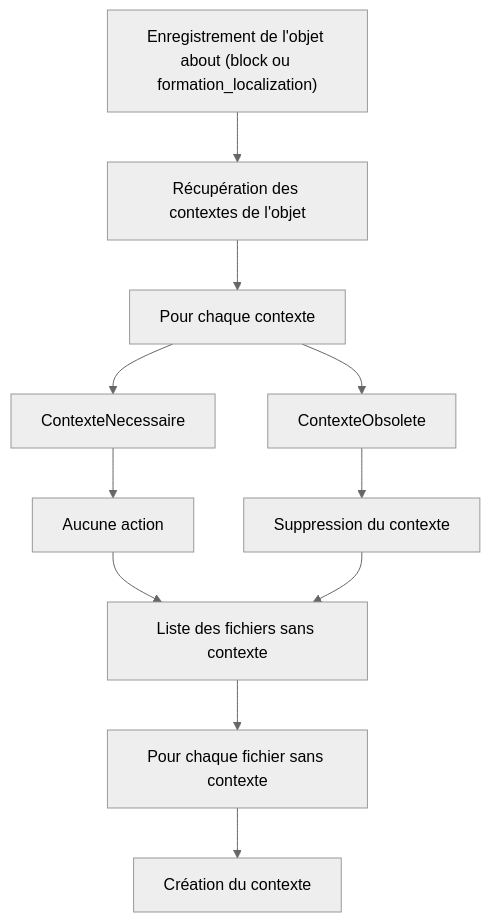
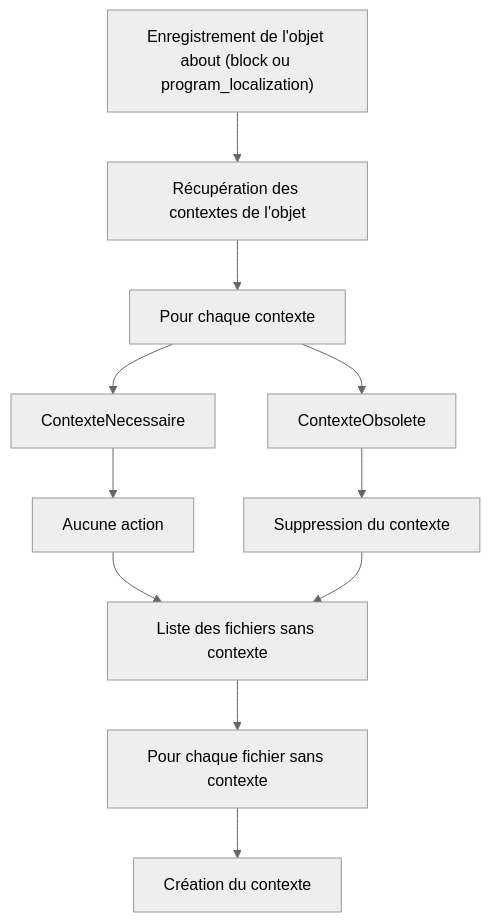
Before and after one commit to osunyorg/developers: the second of 2 diagrams in content/docs/admin/composants/file-library.md, drawn with Mermaid (neutral theme).

````diff
--- a/content/docs/admin/composants/file-library.md
+++ b/content/docs/admin/composants/file-library.md
@@ -37,16 +37,16 @@
 ```mermaid
 graph TD;
   Enregistrement-->Contextes-->Contexte;
   Contexte-->ContexteNecessaire-->Rien-->FichiersSansContexte;
   Contexte-->ContexteObsolete-->SuppressionContexte-->FichiersSansContexte;
   FichiersSansContexte-->FichierSansContexte-->CreationContexte
 
-  Enregistrement["Enregistrement de l'objet about (block ou formation_localization)"]
+  Enregistrement["Enregistrement de l'objet about (block ou program_localization)"]
   Contextes["Récupération des contextes de l'objet"]
   Contexte["Pour chaque contexte"]
   SuppressionContexte["Suppression du contexte"]
   CreationContexte["Création du contexte"]
   Rien["Aucune action"]
   FichiersSansContexte["Liste des fichiers sans contexte"]
   FichierSansContexte["Pour chaque fichier sans contexte"]
 ```
````
